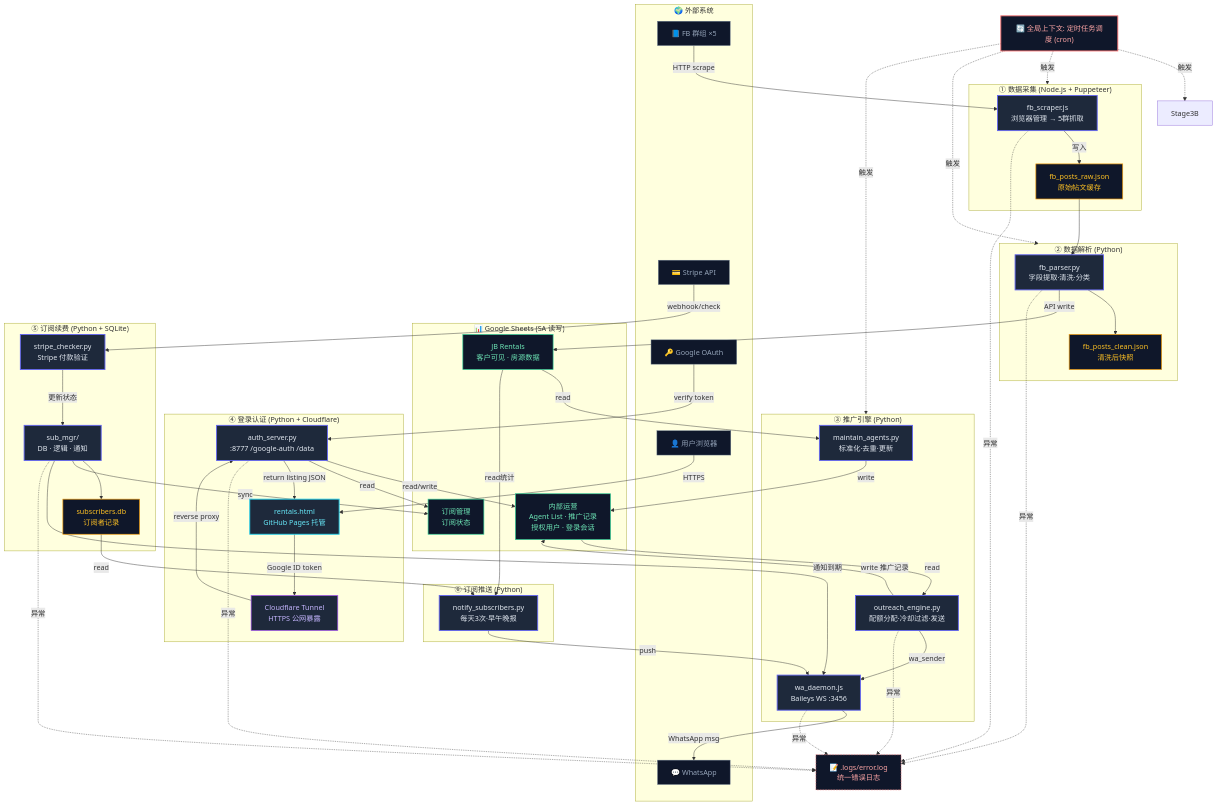
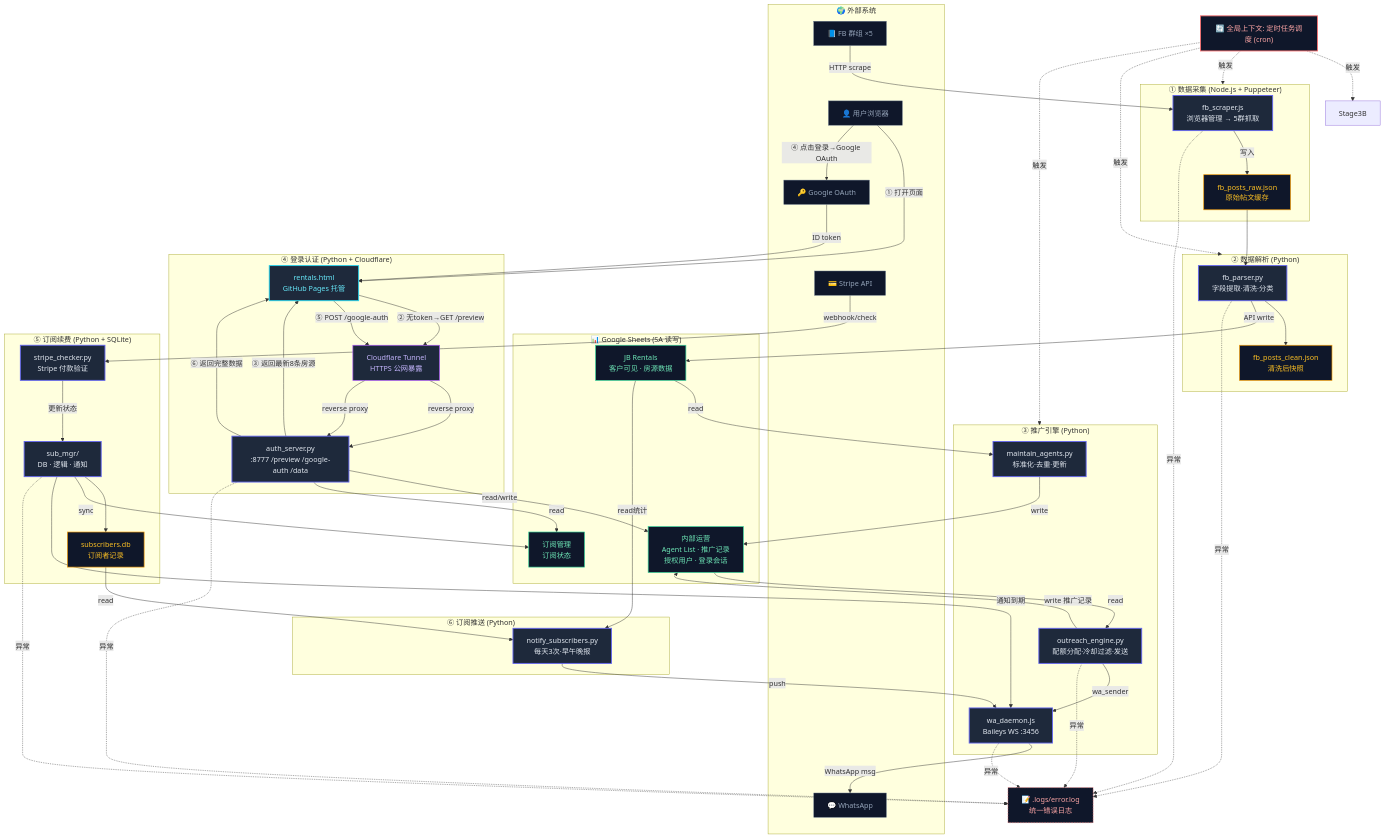
One commit to reinocheong/leadpilot changed the diagram in ARCHITECTURE.md. Above: the diagram before and after it, drawn with Mermaid. The commit also changed other lines of this file and 28 other files, not shown here.

Commit message:
docs: 同步开发文档——预览模式、登录页默认隐藏、架构图更新

```diff
--- a/ARCHITECTURE.md
+++ b/ARCHITECTURE.md
@@ -63,16 +63,20 @@
     %% ==================== 阶段④⑤：登录 + 订阅 ====================
     subgraph Stage4["④ 登录认证 (Python + Cloudflare)"]
         HTML["rentals.html<br/>GitHub Pages 托管"]:::frontend
-        AuthSrv["auth_server.py<br/>:8777 /google-auth /data"]:::module
+        AuthSrv["auth_server.py<br/>:8777 /preview /google-auth /data"]:::module
         CFTunnel["Cloudflare Tunnel<br/>HTTPS 公网暴露"]:::infra
     end
-    User -->|HTTPS| HTML
-    HTML -->|Google ID token| CFTunnel
+    User -->|① 打开页面| HTML
+    HTML -->|② 无token→GET /preview| CFTunnel
     CFTunnel -->|reverse proxy| AuthSrv
-    GoogleOAuth -->|verify token| AuthSrv
+    AuthSrv -->|③ 返回最新8条房源| HTML
+    User -->|④ 点击登录→Google OAuth| GoogleOAuth
+    GoogleOAuth -->|ID token| HTML
+    HTML -->|⑤ POST /google-auth| CFTunnel
+    CFTunnel -->|reverse proxy| AuthSrv
     AuthSrv -->|read/write| SheetInternal
     AuthSrv -->|read| SheetSub
-    AuthSrv -->|return listing JSON| HTML
+    AuthSrv -->|⑥ 返回完整数据| HTML
 
     subgraph Stage5["⑤ 订阅续费 (Python + SQLite)"]
         SubMgr["sub_mgr/<br/>DB · 逻辑 · 通知"]:::module
```
